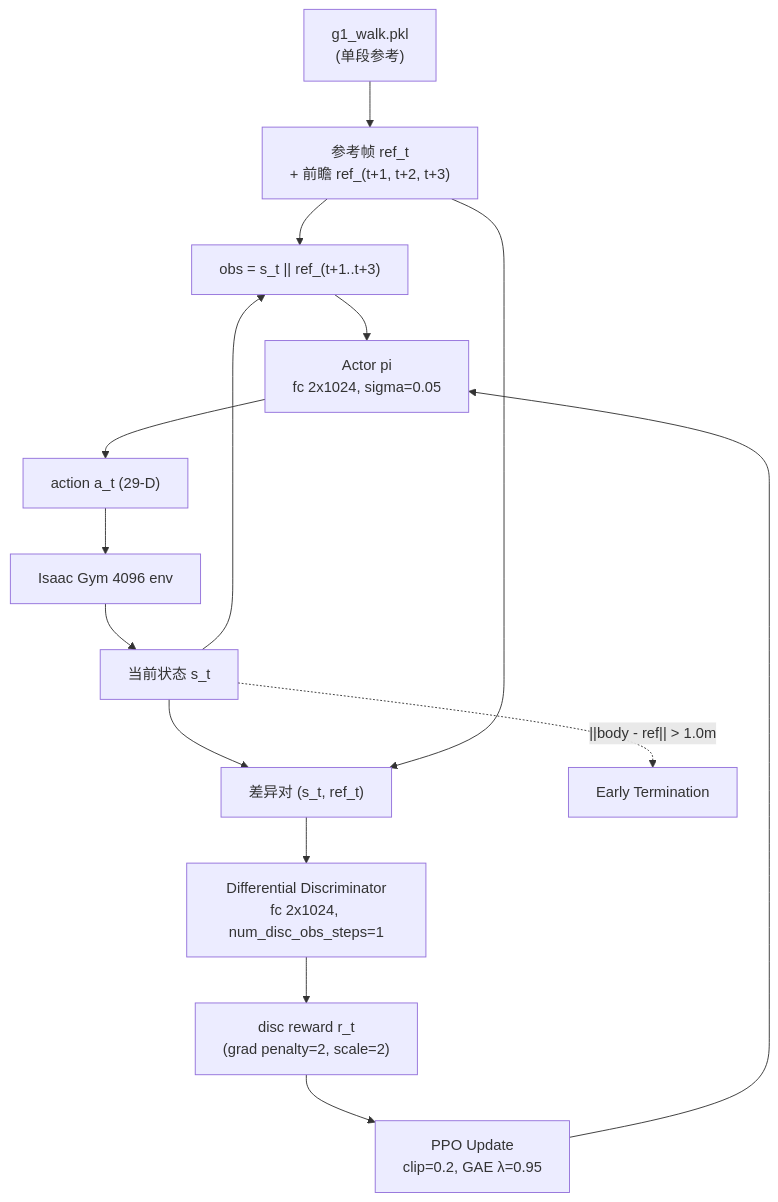
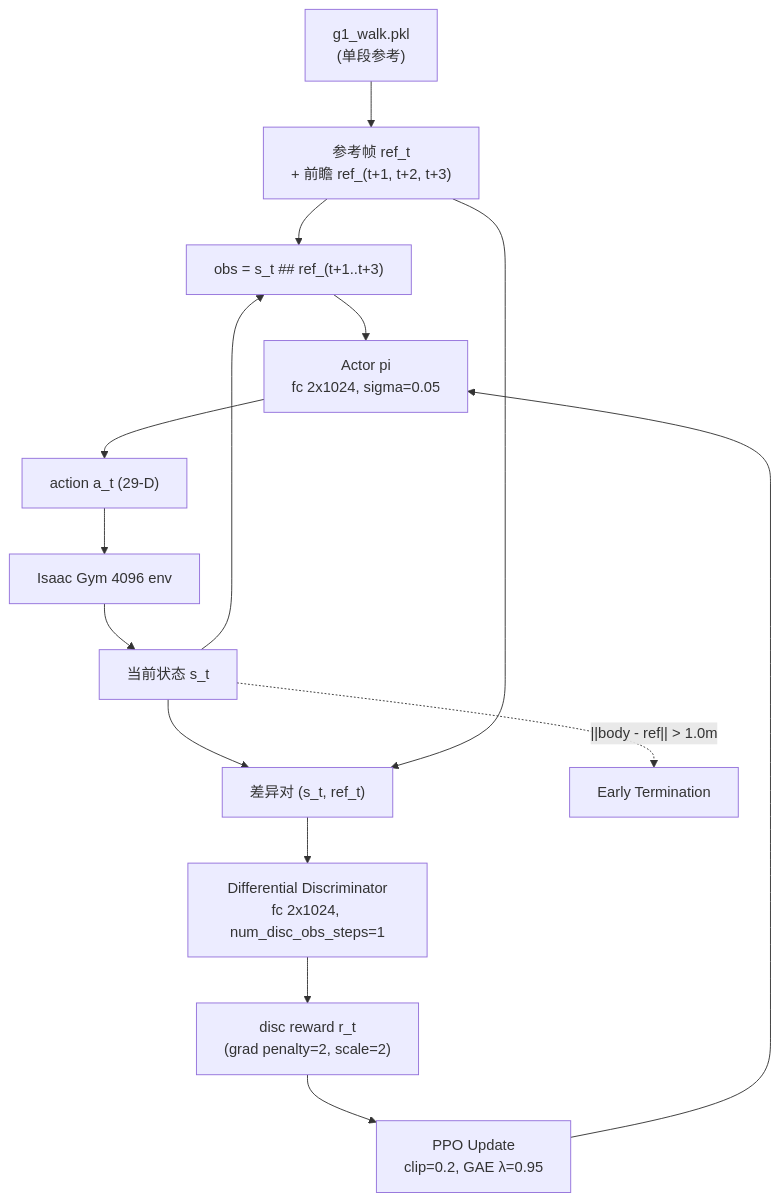
The fifth of 5 diagrams in papers/01_Foundational_RL/MimicKit_A_Reinforcement_Learning_Framework_for_Motion_Imitation_and_Control/MimicKit_A_Reinforcement_Learning_Framework_for_Motion_Imitation_and_Control.md (ImChong/Humanoid_Robot_Learning_Paper_Notebooks), drawn with Mermaid before and after one commit. The commit also changed other lines of this file and 26 other files, not shown here.

First line of the commit message:
chore(Mermaid): 全量适配论文笔记流程图至 KaTeX 渲染规范

```diff
--- a/papers/01_Foundational_RL/MimicKit_A_Reinforcement_Learning_Framework_for_Motion_Imitation_and_Control/MimicKit_A_Reinforcement_Learning_Framework_for_Motion_Imitation_and_Control.md
+++ b/papers/01_Foundational_RL/MimicKit_A_Reinforcement_Learning_Framework_for_Motion_Imitation_and_Control/MimicKit_A_Reinforcement_Learning_Framework_for_Motion_Imitation_and_Control.md
@@ -208,17 +208,17 @@
 <div class="mermaid">
 flowchart TB
     A["g1_walk.pkl<br/>(单段参考)"] --> B["参考帧 ref_t<br/>+ 前瞻 ref_(t+1, t+2, t+3)"]
     C["Isaac Gym 4096 env"] --> D["当前状态 s_t"]
-    B --> O["obs = s_t || ref_(t+1..t+3)"]
+    B --> O["obs = s_t  ##  ref_(t+1..t+3)"]
     D --> O
     O --> P["Actor pi<br/>fc 2x1024, sigma=0.05"]
     P --> Q["action a_t (29-D)"]
     Q --> C
     D --> H["差异对 (s_t, ref_t)"]
     B --> H
     H --> I["Differential Discriminator<br/>fc 2x1024, num_disc_obs_steps=1"]
     I --> J["disc reward r_t<br/>(grad penalty=2, scale=2)"]
     J --> K["PPO Update<br/>clip=0.2, GAE λ=0.95"]
     K --> P
     D -. "||body - ref|| &gt; 1.0m" .-> M["Early Termination"]
 </div>
```
